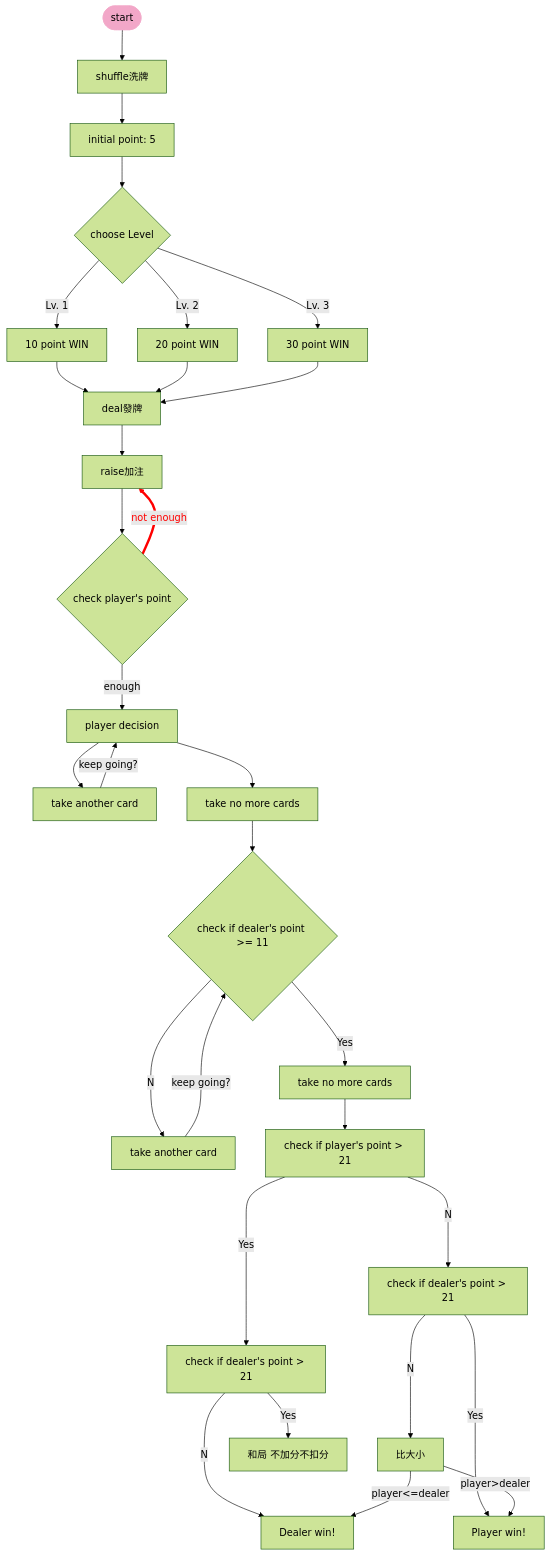
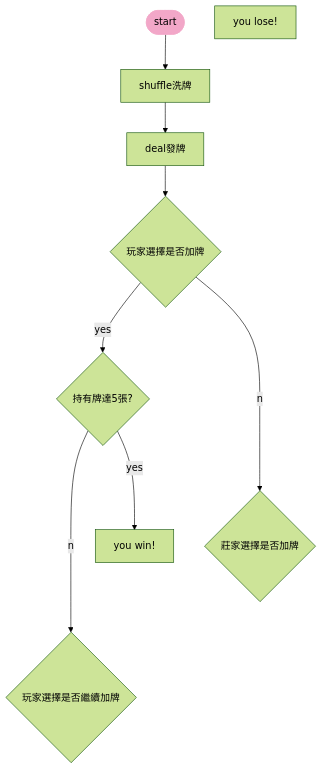
The diagram in README.md (windware1203/Digital_electronics_study), drawn with Mermaid (forest theme) before and after one commit. The commit also changed other lines of this file, not shown here.

````diff
--- a/README.md
+++ b/README.md
@@ -70,79 +111,36 @@
 ```mermaid
+%%$Author:[name=武田奈々]、[name=侯正成]
 flowchart TB;
 classDef startClass fill:#f2a7c8;
 classDef startClass stroke:#f2a7c8;
 
     %%*********************************/
     %% Start
+    
     Start([start]):::startClass-->
-    shuffle洗牌-->
-    initP-->
-    chooseLv{choose Level}
-    
-    %%*********************************/
-    %% Linked Nodes
-    %% Ex: Node1--text-->Node2
-    chooseLv--Lv. 1-->one-->deal
-    chooseLv--Lv. 2-->two-->deal
-    chooseLv--Lv. 3-->three-->deal
-    deal-->raise-->checkPt
-    checkPt-- not enough -->raise
-    linkStyle 11 stroke:red,stroke-width:4px,color:red;
-    
-    checkPt-- enough -->playerDecision
-    playerDecision-->playerHit-->|keep going?| playerDecision
-    playerDecision-->playerStand
-    playerStand-->dealerDecision
-    dealerDecision--No-->dealerHit-->|keep going?| dealerDecision
-    dealerDecision--Yes-->dealerStand
-    dealerStand-->checkPlayerExceed
-    
-    %% 玩家沒爆牌
-    checkPlayerExceed--No-->checkDealerExceedPNo
-    checkDealerExceedPNo--No-->compare
-    checkDealerExceedPNo--Yes-->playerWin
-    
-    %% 玩家爆牌
-    checkPlayerExceed--Yes-->checkDealerExceedPYes
-    checkDealerExceedPYes--No-->dealerWin
-    checkDealerExceedPYes--Yes-->peace
-    
-    %%比大小
-    compare--player>dealer-->playerWin
-    compare--player<=dealer-->dealerWin
-    
-    %%*********************************/
-    
-    %%我先往下寫 看你有沒有要修改 有就直接改
-    %% 最後找個地方寫過五關 現在加哪都覺得怪怪的
-    %% 過五關感覺會在發牌那
-    %% 我先撤 寫個林明聖-->武田是渾蛋QQ
-    %%那菱形超大 真的
+    shuffle洗牌-->deal
+    -->playerChoose
+    playerChoose--yes-->passFive
+    passFive--no-->playerAgain
+    passFive--yes-->win
     
     
+    playerChoose--no-->dealerPlus
     %%*********************************/
     %% The information of Nodes
     %% Ex: nodeName[Text] 方框 ([])圓角方框 {}菱形大框框(確實)
-    initP[initial point: 5]
-    raise[raise加注]
+    
     deal[deal發牌]
-    one[10 point WIN]
-    two[20 point WIN]
-    three[30 point WIN]
-    checkPt{check player's point}
-    playerHit[take another card]
-    playerStand[take no more cards]
-    playerDecision[player decision]
-    dealerDecision{check if dealer's point >= 11}
-    dealerHit[take another card]
-    dealerStand[take no more cards]
-    checkPlayerExceed[check if player's point > 21]
-    checkDealerExceedPNo[check if dealer's point > 21]
-    checkDealerExceedPYes[check if dealer's point > 21]
-    playerWin[Player win!]
-    compare[比大小]
-    dealerWin[Dealer win!]
-    peace[和局 不加分不扣分]
-    %% 尚未完成: 過五關 改成英文(睡覺) 晚安ZZ
+    playerChoose{玩家選擇是否加牌}
+    playerAgain{玩家選擇是否繼續加牌}
+    dealerPlus{莊家選擇是否加牌}
+    passFive{持有牌達5張?}
+    
+    win[you win!]
+    lose[you lose!]
+ 
+  
+ 
+    %% 尚未完成: 過五關、改成英文、重新發牌拉線
     %%*********************************/
 ```
````
